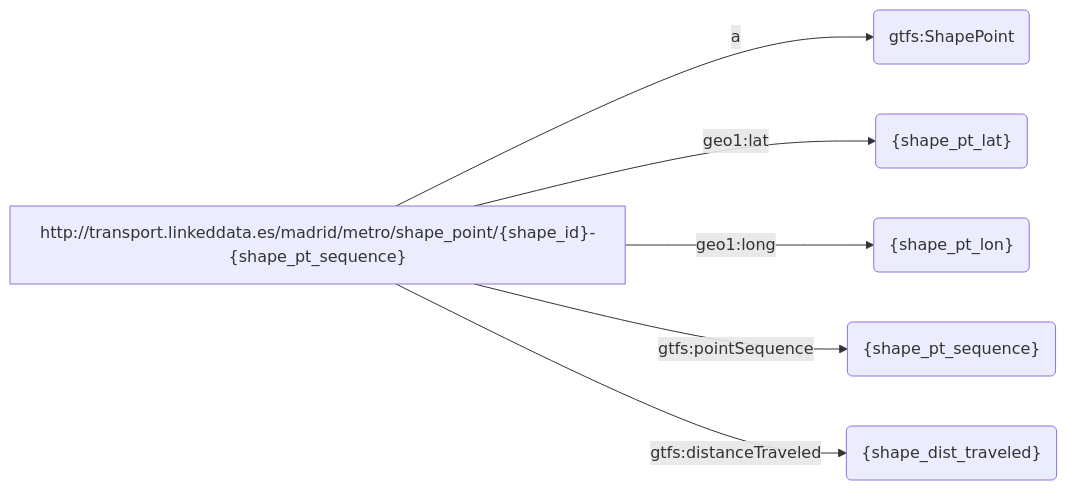
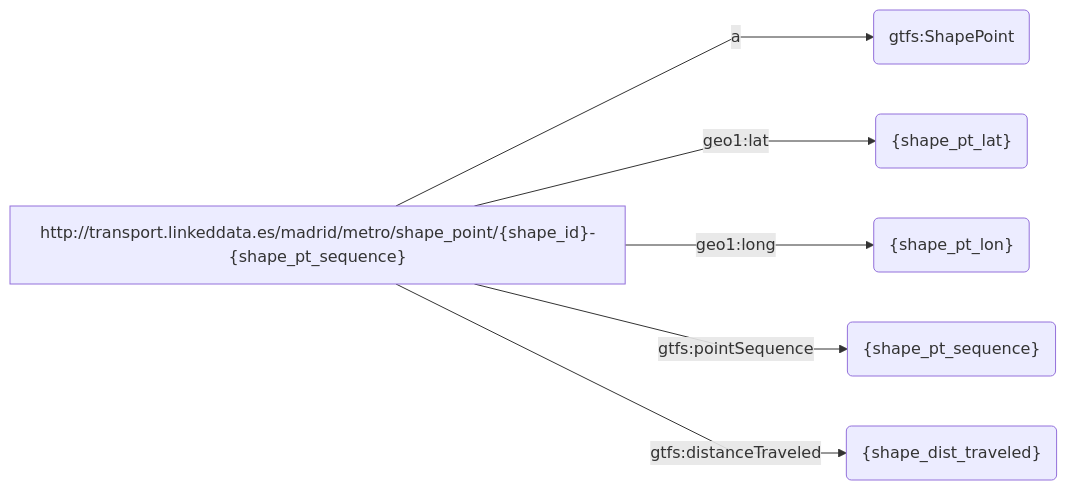
One commit to oeg-upm/rmldoc changed the first of 25 diagrams in test/author/author.md. Above: the diagram before and after it, drawn with Mermaid.

````diff
--- a/test/author/author.md
+++ b/test/author/author.md
@@ -65,10 +65,10 @@
 ```mermaid
-
+%%{ init : { "theme" : "basic", "flowchart" : { "curve" : "linear" }}}%%
 flowchart LR
 S["http://transport.linkeddata.es/madrid/metro/shape_point/{shape_id}-{shape_pt_sequence}"] -->|"a"| object1("gtfs:ShapePoint")
 S["http://transport.linkeddata.es/madrid/metro/shape_point/{shape_id}-{shape_pt_sequence}"] -->|"geo1:lat"| object2("{shape_pt_lat}")
 S["http://transport.linkeddata.es/madrid/metro/shape_point/{shape_id}-{shape_pt_sequence}"] -->|"geo1:long"| object3("{shape_pt_lon}")
 S["http://transport.linkeddata.es/madrid/metro/shape_point/{shape_id}-{shape_pt_sequence}"] -->|"gtfs:pointSequence"| object4("{shape_pt_sequence}")
 S["http://transport.linkeddata.es/madrid/metro/shape_point/{shape_id}-{shape_pt_sequence}"] -->|"gtfs:distanceTraveled"| object5("{shape_dist_traveled}")
     
 ``` 
````
